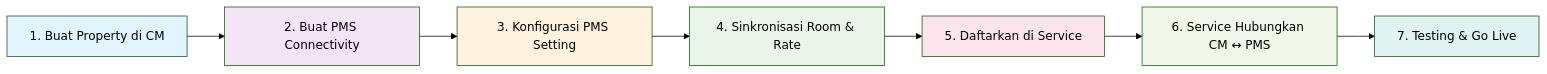
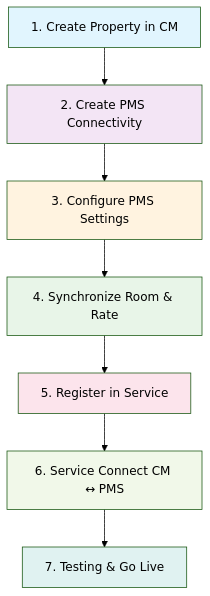
One commit to cakramediadata2022/cflow changed the first of 3 diagrams in docs/channel-manager/integration-flow/channel-manager-pms-integration.md. Above: the diagram before and after it, drawn with Mermaid (forest theme). The commit also changed other lines of this file and 15 other files, not shown here.

````diff
--- a/docs/channel-manager/integration-flow/channel-manager-pms-integration.md
+++ b/docs/channel-manager/integration-flow/channel-manager-pms-integration.md
@@ -28,17 +28,17 @@
 ```mermaid
-flowchart LR
-    A[1. Buat Property di CM] --> B[2. Buat PMS Connectivity]
-    B --> C[3. Konfigurasi PMS Setting]
-    C --> D[4. Sinkronisasi Room & Rate]
-    D --> E[5. Daftarkan di Service]
-    E --> F[6. Service Hubungkan CM ↔ PMS]
-    F --> G[7. Testing & Go Live]
+flowchart TD
+  A[1. Create Property in CM] --> B[2. Create PMS Connectivity]
+  B --> C[3. Configure PMS Settings]
+  C --> D[4. Synchronize Room & Rate]
+  D --> E[5. Register in Service]
+  E --> F[6. Service Connect CM ↔ PMS]
+  F --> G[7. Testing & Go Live]
 
-    style A fill:#e1f5fe
-    style B fill:#f3e5f5
-    style C fill:#fff3e0
-    style D fill:#e8f5e8
-    style E fill:#fce4ec
-    style F fill:#f1f8e9
-    style G fill:#e0f2f1
+  style A fill:#e1f5fe
+  style B fill:#f3e5f5
+  style C fill:#fff3e0
+  style D fill:#e8f5e8
+  style E fill:#fce4ec
+  style F fill:#f1f8e9
+  style G fill:#e0f2f1
 ```
````
